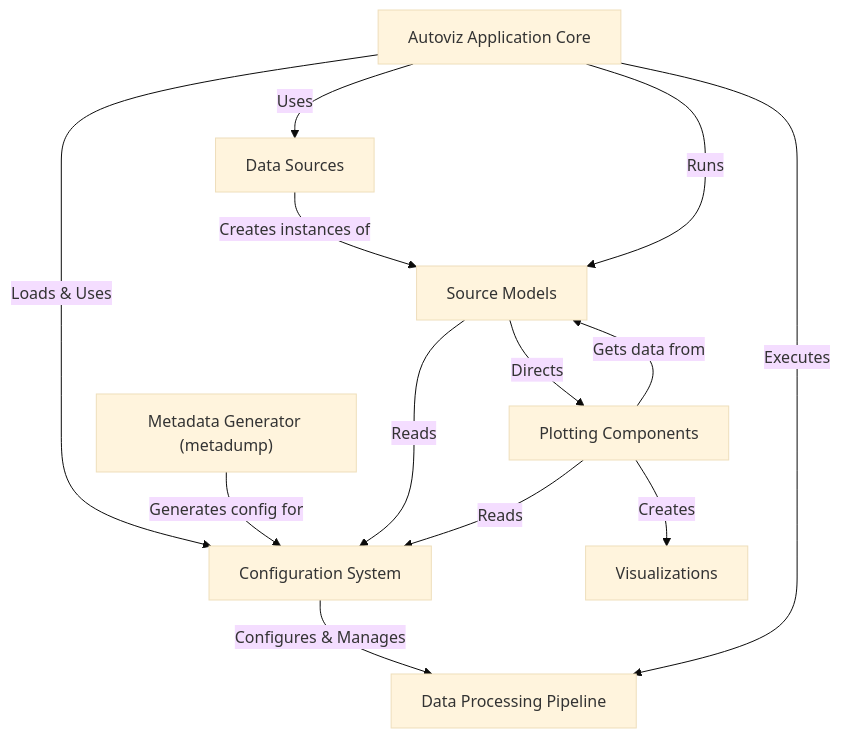
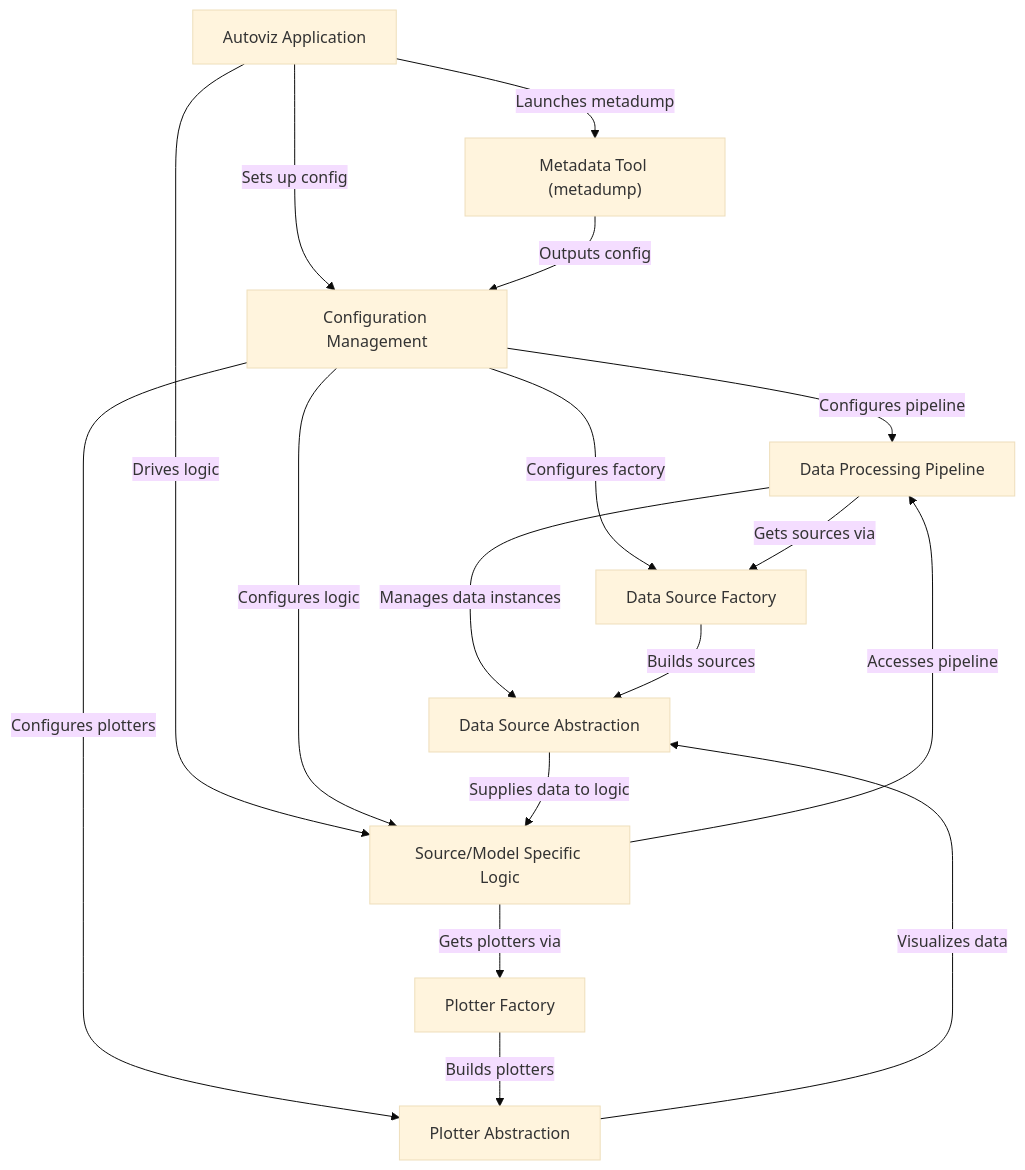
Before and after one commit to cacruz/eviz-dev: the diagram in docs/tutorial/index.md, drawn with Mermaid (base theme). The commit also changed other lines of this file and 17 other files, not shown here.

````diff
--- a/docs/tutorial/index.md
+++ b/docs/tutorial/index.md
@@ -14,31 +11,37 @@
 ```{mermaid}
 flowchart TD
-    A0["Configuration System
+    A0["Configuration Management
 "]
-    A1["Visualizations
+    A1["Data Source Abstraction
 "]
-    A2["Data Processing Pipeline
+    A2["Data Source Factory
 "]
-    A3["Source Models
+    A3["Data Processing Pipeline
 "]
-    A4["Data Sources
+    A4["Source/Model Specific Logic
 "]
-    A5["Plotting Components
+    A5["Plotter Abstraction
 "]
-    A6["Autoviz Application Core
+    A6["Plotter Factory
 "]
-    A7["Metadata Generator (metadump)
+    A7["Autoviz Application
 "]
-    A6 -- "Loads & Uses" --> A0
-    A0 -- "Configures & Manages" --> A2
-    A6 -- "Uses" --> A4
-    A4 -- "Creates instances of" --> A3
-    A6 -- "Runs" --> A3
-    A3 -- "Reads" --> A0
-    A5 -- "Reads" --> A0
-    A5 -- "Creates" --> A1
-    A3 -- "Directs" --> A5
-    A5 -- "Gets data from" --> A3
-    A6 -- "Executes" --> A2
-    A7 -- "Generates config for" --> A0
+    A8["Metadata Tool (metadump)
+"]
+    A7 -- "Sets up config" --> A0
+    A7 -- "Drives logic" --> A4
+    A7 -- "Launches metadump" --> A8
+    A0 -- "Configures pipeline" --> A3
+    A0 -- "Configures factory" --> A2
+    A0 -- "Configures logic" --> A4
+    A0 -- "Configures plotters" --> A5
+    A3 -- "Manages data instances" --> A1
+    A3 -- "Gets sources via" --> A2
+    A2 -- "Builds sources" --> A1
+    A4 -- "Accesses pipeline" --> A3
+    A4 -- "Gets plotters via" --> A6
+    A6 -- "Builds plotters" --> A5
+    A8 -- "Outputs config" --> A0
+    A1 -- "Supplies data to logic" --> A4
+    A5 -- "Visualizes data" --> A1
 ```
````
